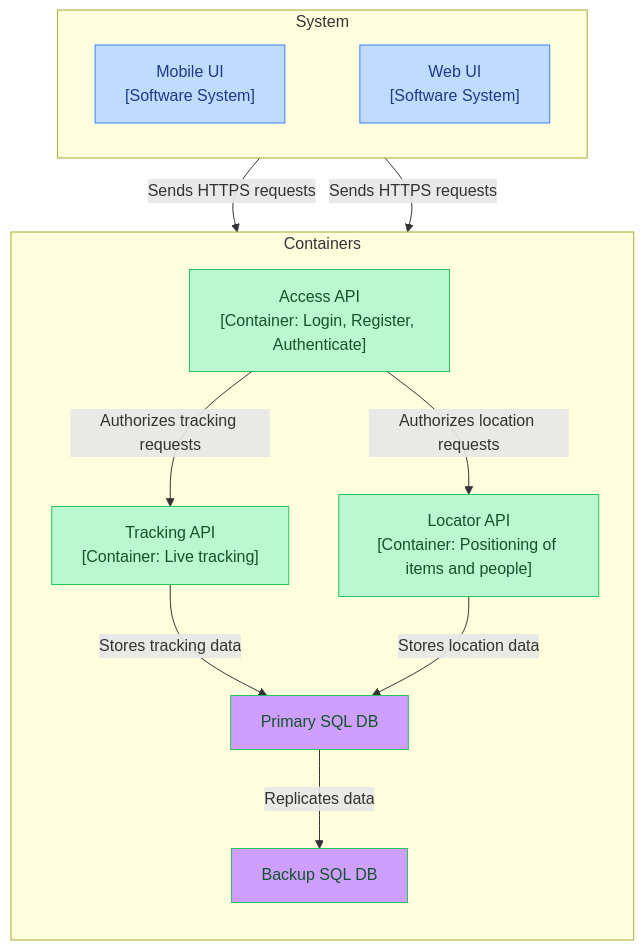
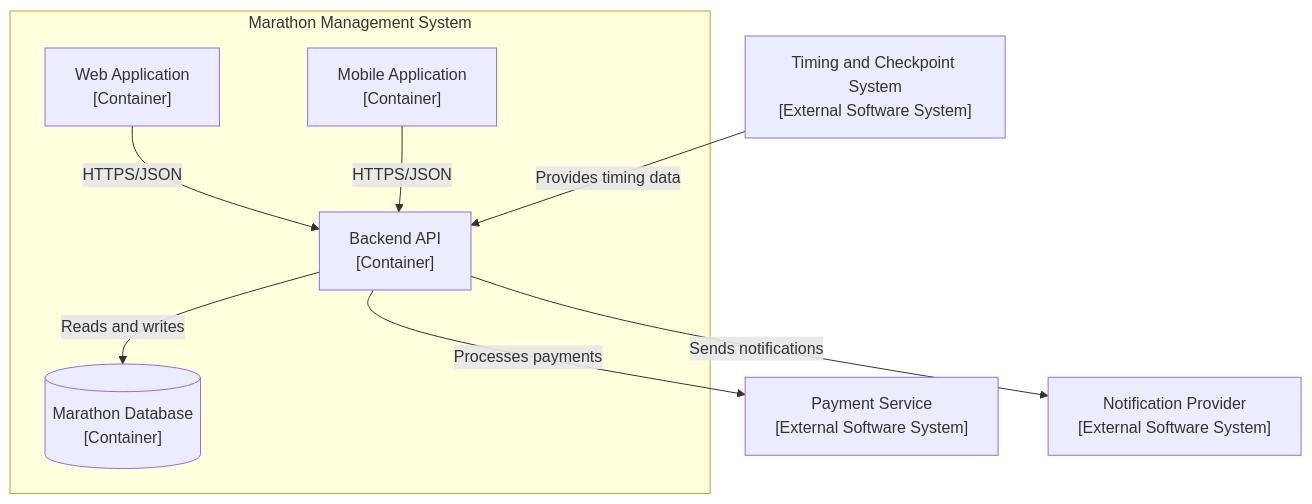
The diagram in sample-mermaid.md (Georges034302/Templates), drawn with Mermaid before and after one commit.

````diff
--- a/sample-mermaid.md
+++ b/sample-mermaid.md
@@ -3,43 +3,22 @@
 ```mermaid
-flowchart TD
+flowchart TB
+    subgraph MMS["Marathon Management System"]
+        WEB["Web Application<br/>[Container]"]
+        MOBILE["Mobile Application<br/>[Container]"]
+        API["Backend API<br/>[Container]"]
+        DB[("Marathon Database<br/>[Container]")]
+        
+        WEB -->|"HTTPS/JSON"| API
+        MOBILE -->|"HTTPS/JSON"| API
+        API -->|"Reads and writes"| DB
+    end
 
-subgraph L1["System"]
-    direction LR
+    PAYMENT["Payment Service<br/>[External Software System]"]
+    TIMING["Timing and Checkpoint System<br/>[External Software System]"]
+    NOTIFY["Notification Provider<br/>[External Software System]"]
 
-    Mobile["Mobile UI<br/>[Software System]"]
-    Web["Web UI<br/>[Software System]"]
-
-    Mobile ~~~ Web
-end
-
-subgraph L2["Containers"]
-    direction TB
-
-    ACCESS["Access API<br/>[Container: Login, Register, Authenticate]"]
-
-    TRACKING["Tracking API<br/>[Container: Live tracking]"]
-    LOCATION["Locator API<br/>[Container: Positioning of items and people]"]
-
-    PRIMARY["Primary SQL DB"]
-    BACKUP["Backup SQL DB"]
-
-    ACCESS -->|"Authorizes tracking requests"| TRACKING
-    ACCESS -->|"Authorizes location requests"| LOCATION
-
-    TRACKING -->|"Stores tracking data"| PRIMARY
-    LOCATION -->|"Stores location data"| PRIMARY
-
-    PRIMARY -->|"Replicates data"| BACKUP
-end
-
-Mobile -->|"Sends HTTPS requests"| ACCESS
-Web -->|"Sends HTTPS requests"| ACCESS
-style Mobile fill:#BFDBFE,stroke:#3B82F6,color:#1E3A8A
-style Web fill:#BFDBFE,stroke:#3B82F6,color:#1E3A8A
-style ACCESS fill:#BBF7D0,stroke:#22C55E,color:#14532D
-style TRACKING fill:#BBF7D0,stroke:#22C55E,color:#14532D
-style LOCATION fill:#BBF7D0,stroke:#22C55E,color:#14532D
-style PRIMARY fill:#CF9FFF,stroke:#22C55E,color:#14532D
-style BACKUP fill:#CF9FFF,stroke:#22C55E,color:#14532D
+    API -->|"Processes payments"| PAYMENT
+    TIMING -->|"Provides timing data"| API
+    API -->|"Sends notifications"| NOTIFY
 
 ```
````
